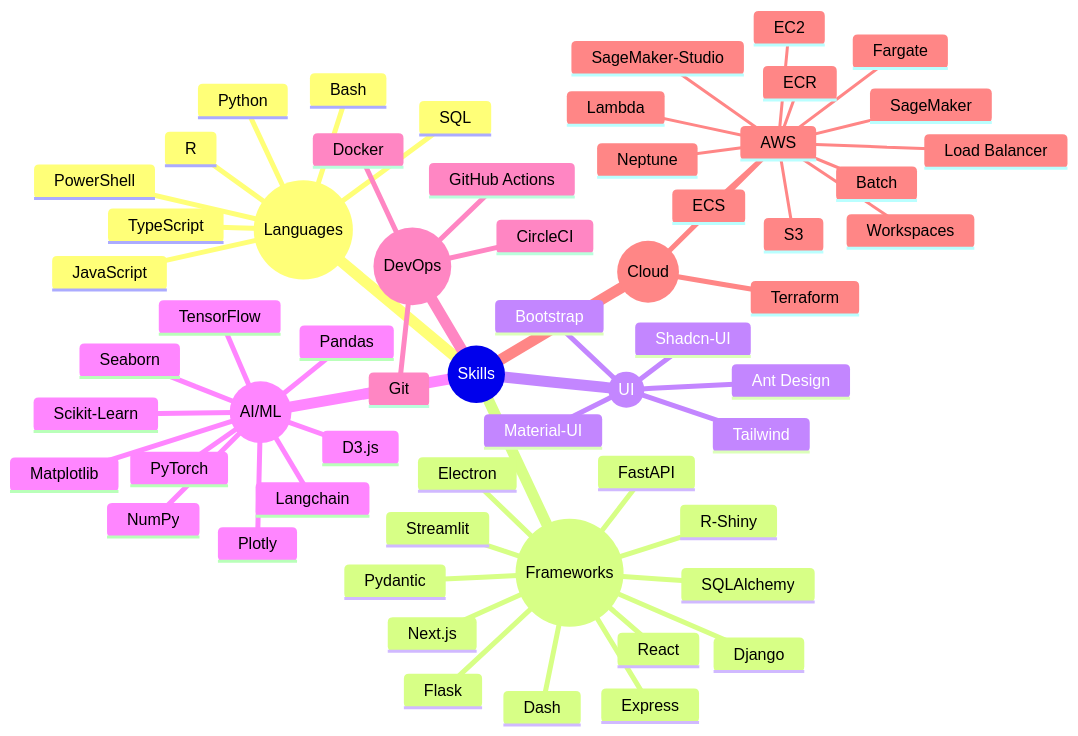
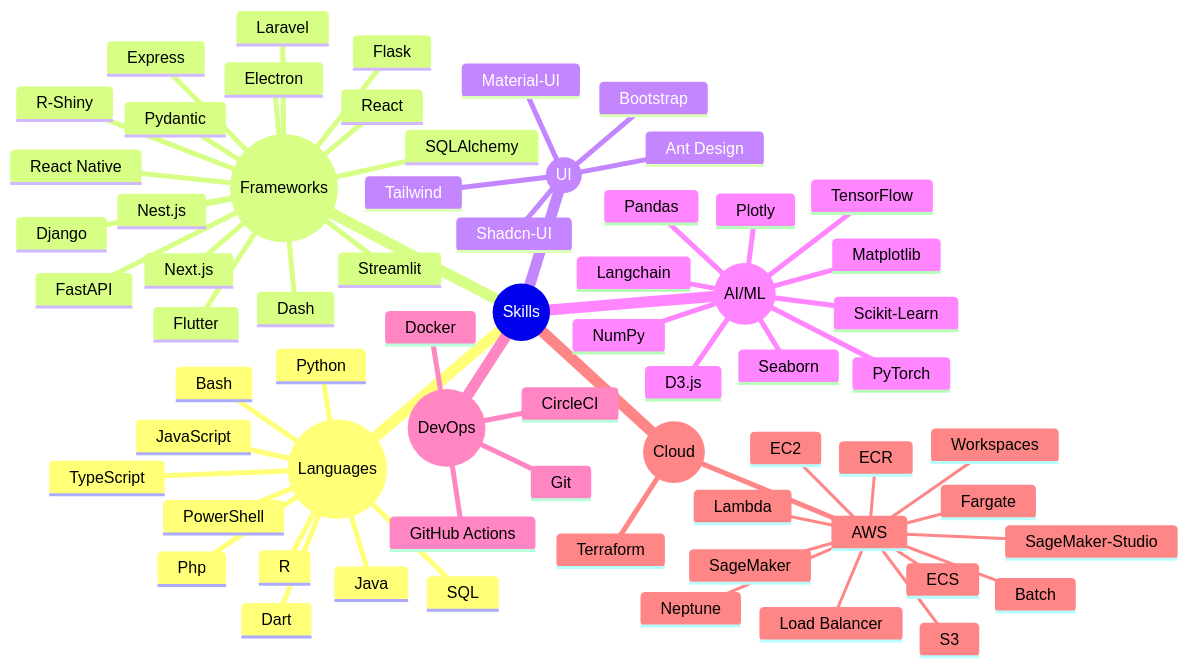
One commit to eisax/eisax changed the diagram in README.md. Above: the diagram before and after it, drawn with Mermaid.

````diff
--- a/README.md
+++ b/README.md
@@ -24,62 +24,69 @@
 ```mermaid
 mindmap
   root((Skills))
     ((Languages))
       Python
       JavaScript
       TypeScript
+      Java
+      Php
+      Dart
       R
       SQL
       Bash
       PowerShell
     ((Frameworks))
       React
       Flask
+      React Native
+      Flutter
+      Nest.js
       Django
       FastAPI
       Express
+      Laravel
       Electron
       Next.js
       Dash
       R-Shiny
       Streamlit
       Pydantic
       SQLAlchemy
     ((UI))
       Material-UI
       Tailwind
       Shadcn-UI
       Ant Design
       Bootstrap
     ((AI/ML))
       PyTorch
       TensorFlow
       Plotly
       D3.js
       Pandas
       NumPy
       Matplotlib
       Seaborn
       Scikit-Learn
       Langchain
     ((DevOps))
       Git
       Docker
       CircleCI
       GitHub Actions
     ((Cloud))
       AWS
         S3
         Lambda
         SageMaker
         SageMaker-Studio
         Batch
         ECR
         Fargate
         EC2
         Workspaces
         Neptune
         ECS
         Load Balancer
       Terraform
 ``` 
````
